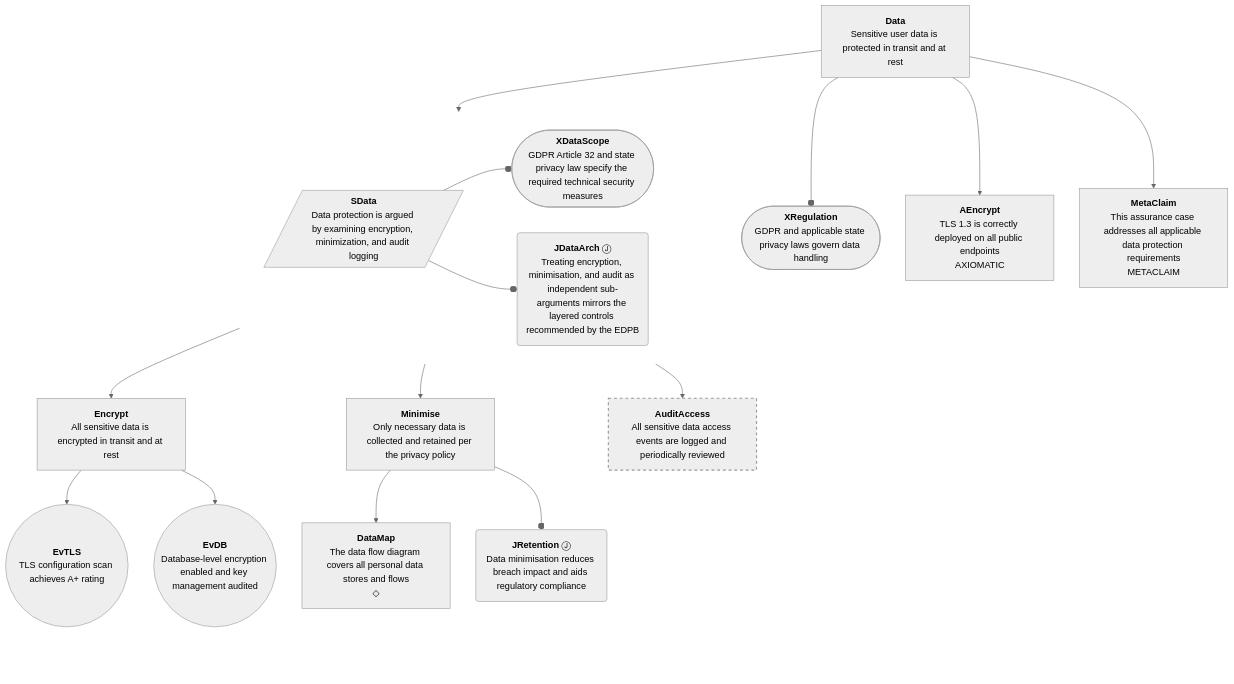
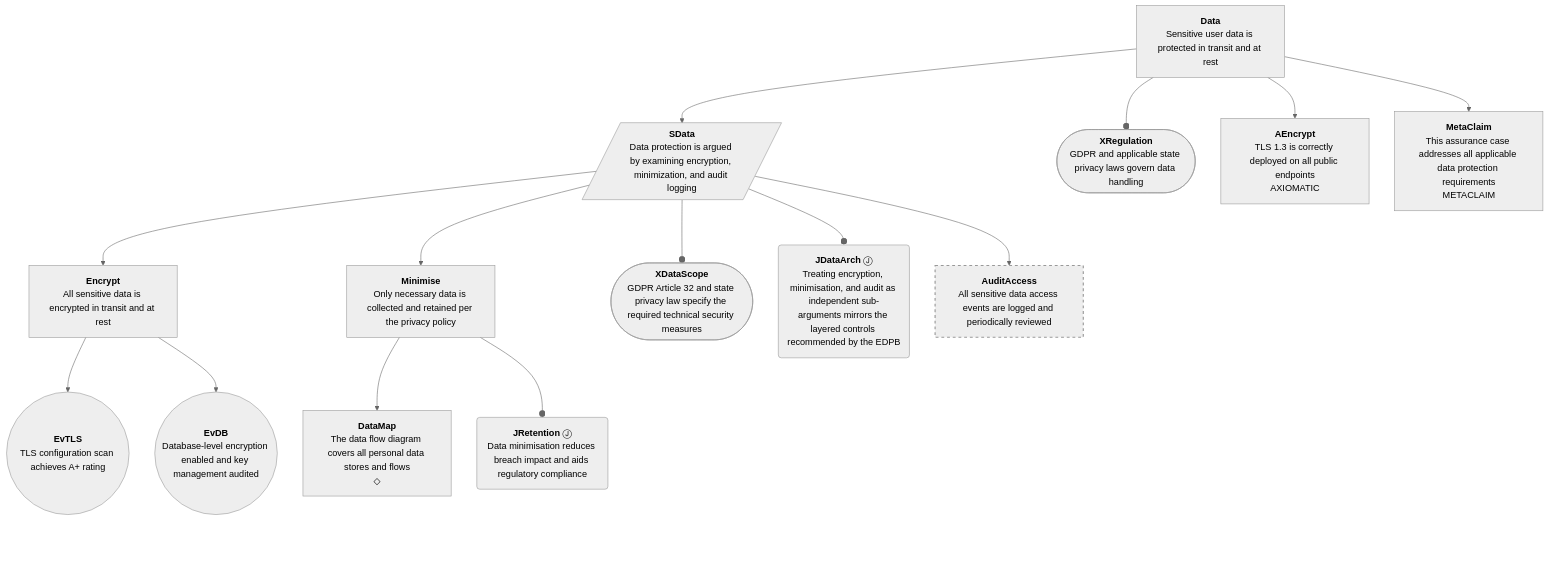
The seventh of 12 diagrams in tests/fixtures/demo-output.expected.md (david-a-wheeler/caseproc), drawn with Mermaid before and after one commit. The commit also changed other lines of this file and 1 other file, not shown here.

````diff
--- a/tests/fixtures/demo-output.expected.md
+++ b/tests/fixtures/demo-output.expected.md
@@ -424,70 +421,68 @@
 ```mermaid
 ---
 config:
   theme: neutral
   flowchart:
     curve: basis
     htmlLabels: true
     rankSpacing: 60
     nodeSpacing: 45
     padding: 15
 ---
 flowchart TD
     classDef invisible opacity:0
     classDef gsnUndev stroke-width:2px,stroke-dasharray: 5 5;
     classDef connector fill:none,stroke:#cccccc,stroke-width:1px;
     Data["<b>Data</b><br>Sensitive user data is protected in transit and at rest"]
     XRegulation(["<b>XRegulation</b><br>GDPR and applicable state privacy laws govern data handling"])
     AEncrypt["<b>AEncrypt</b><br>TLS 1.3 is correctly deployed on all public endpoints<br>AXIOMATIC"]
     SData[/"<b>SData</b><br>Data protection is argued by examining encryption, minimization, and audit logging"/]
     MetaClaim["<b>MetaClaim</b><br>This assurance case addresses all applicable data protection requirements<br>METACLAIM"]
     XDataScope(["<b>XDataScope</b><br>GDPR Article 32 and state privacy law specify the required technical security measures"])
     JDataArch("<b>JDataArch</b>&nbsp;Ⓙ<br>Treating encryption, minimisation, and audit as independent sub-arguments mirrors the layered controls recommended by the EDPB")
     Encrypt["<b>Encrypt</b><br>All sensitive data is encrypted in transit and at rest"]
     Minimise["<b>Minimise</b><br>Only necessary data is collected and retained per the privacy policy"]
     AuditAccess["<b>AuditAccess</b><br>All sensitive data access events are logged and periodically reviewed"]:::gsnUndev
     EvTLS(("<b>EvTLS</b><br>TLS configuration scan achieves A+ rating"))
     EvDB(("<b>EvDB</b><br>Database-level encryption enabled and key management audited"))
     DataMap["<b>DataMap</b><br>The data flow diagram covers all personal data stores and flows<br>◇"]
     JRetention("<b>JRetention</b>&nbsp;Ⓙ<br>Data minimisation reduces breach impact and aids regulatory compliance")
     click Data "https://github.com/david-a-wheeler/verocase/blob/main/tests/fixtures/demo-output.expected.md#claim-data"
     click XRegulation "https://github.com/david-a-wheeler/verocase/blob/main/tests/fixtures/demo-output.expected.md#context-xregulation"
     click AEncrypt "https://github.com/david-a-wheeler/verocase/blob/main/tests/fixtures/demo-output.expected.md#claim-aencrypt"
     click SData "https://github.com/david-a-wheeler/verocase/blob/main/tests/fixtures/demo-output.expected.md#strategy-sdata"
     click MetaClaim "https://github.com/david-a-wheeler/verocase/blob/main/tests/fixtures/demo-output.expected.md#claim-metaclaim"
     click XDataScope "https://github.com/david-a-wheeler/verocase/blob/main/tests/fixtures/demo-output.expected.md#context-xdatascope"
     click JDataArch "https://github.com/david-a-wheeler/verocase/blob/main/tests/fixtures/demo-output.expected.md#justification-jdataarch"
     click Encrypt "https://github.com/david-a-wheeler/verocase/blob/main/tests/fixtures/demo-output.expected.md#claim-encrypt"
     click Minimise "https://github.com/david-a-wheeler/verocase/blob/main/tests/fixtures/demo-output.expected.md#claim-minimise"
     click AuditAccess "https://github.com/david-a-wheeler/verocase/blob/main/tests/fixtures/demo-output.expected.md#claim-auditaccess"
     click EvTLS "https://github.com/david-a-wheeler/verocase/blob/main/tests/fixtures/demo-output.expected.md#evidence-evtls"
     click EvDB "https://github.com/david-a-wheeler/verocase/blob/main/tests/fixtures/demo-output.expected.md#evidence-evdb"
     click DataMap "https://github.com/david-a-wheeler/verocase/blob/main/tests/fixtures/demo-output.expected.md#claim-datamap"
     click JRetention "https://github.com/david-a-wheeler/verocase/blob/main/tests/fixtures/demo-output.expected.md#justification-jretention"
 
-    subgraph SgCJ1 [ ]
-        direction LR
-        SData --o XDataScope
-        SData --o JDataArch
-    end
-    style SgCJ1 fill:none,stroke:none
     Data --o XRegulation
     Data --> AEncrypt
     Data --> SData
+    SData --o XDataScope
+    SData --o JDataArch
     SData --> Encrypt
     Encrypt --> EvTLS
     Encrypt --> EvDB
     SData --> Minimise
     Minimise --> DataMap
     Minimise --o JRetention
     SData --> AuditAccess
     Data --> MetaClaim
     XRegulation ~~~ BottomPadding1[ ]:::invisible
     AEncrypt ~~~ BottomPadding2[ ]:::invisible
-    EvTLS ~~~ BottomPadding3[ ]:::invisible
-    EvDB ~~~ BottomPadding4[ ]:::invisible
-    DataMap ~~~ BottomPadding5[ ]:::invisible
-    JRetention ~~~ BottomPadding6[ ]:::invisible
-    AuditAccess ~~~ BottomPadding7[ ]:::invisible
-    MetaClaim ~~~ BottomPadding8[ ]:::invisible
+    XDataScope ~~~ BottomPadding3[ ]:::invisible
+    JDataArch ~~~ BottomPadding4[ ]:::invisible
+    EvTLS ~~~ BottomPadding5[ ]:::invisible
+    EvDB ~~~ BottomPadding6[ ]:::invisible
+    DataMap ~~~ BottomPadding7[ ]:::invisible
+    JRetention ~~~ BottomPadding8[ ]:::invisible
+    AuditAccess ~~~ BottomPadding9[ ]:::invisible
+    MetaClaim ~~~ BottomPadding10[ ]:::invisible
 ```
````
